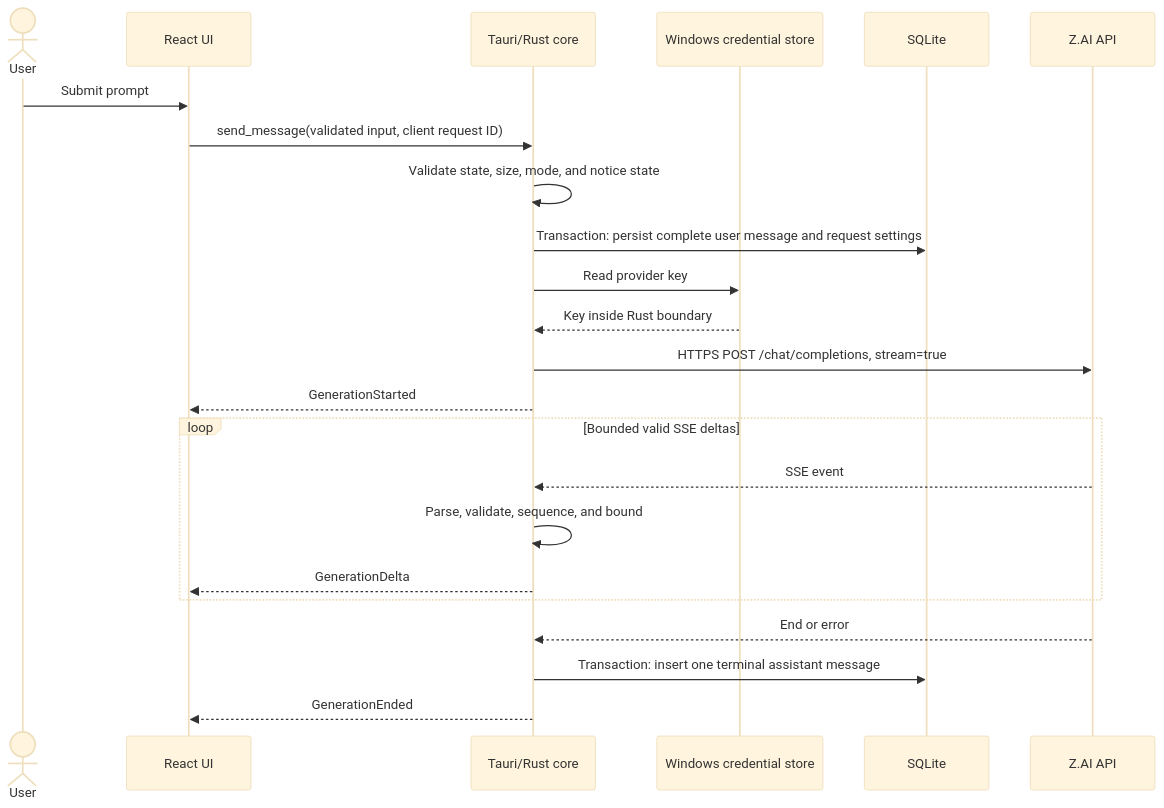
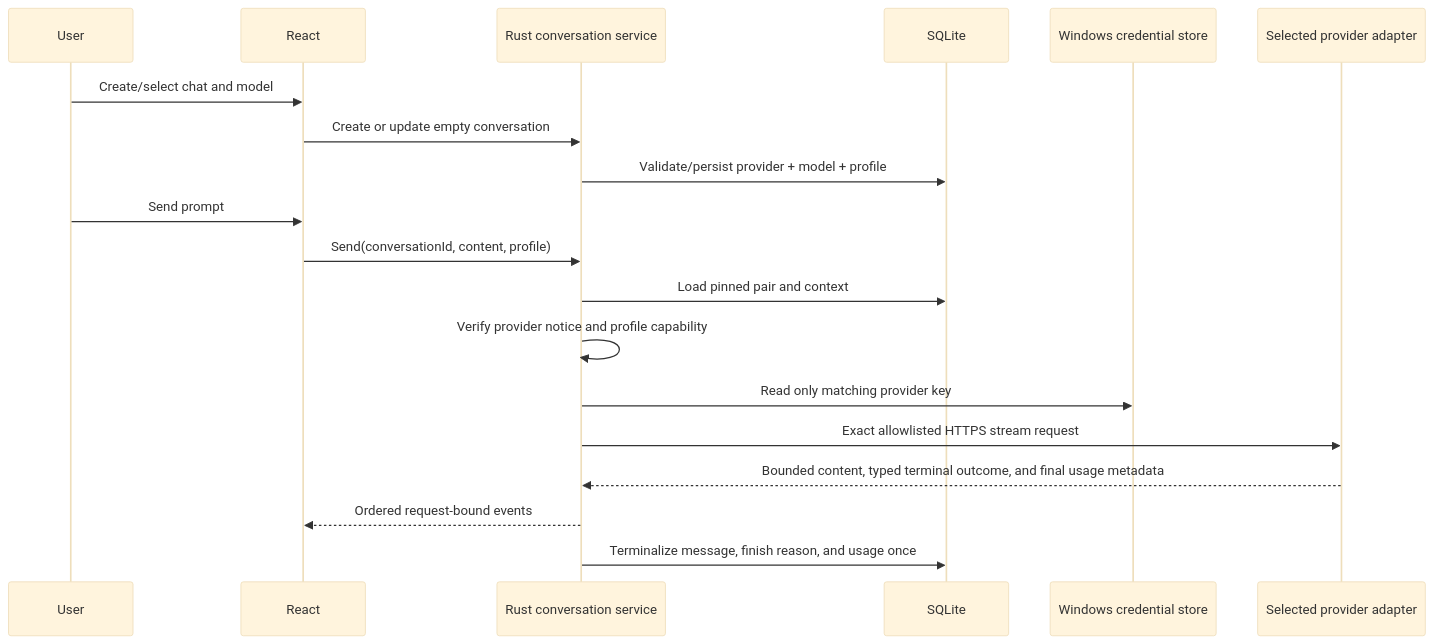
The second of 3 diagrams in docs/architecture.md (renenehru/aster-desktop), drawn with Mermaid (base theme) before and after one commit. The commit also changed other lines of this file and 32 other files, not shown here.

````diff
--- a/docs/architecture.md
+++ b/docs/architecture.md
@@ -149,26 +116,22 @@
 ```mermaid
 sequenceDiagram
-    actor U as User
-    participant UI as React UI
-    participant C as Tauri/Rust core
+    participant U as User
+    participant R as React
+    participant C as Rust conversation service
+    participant D as SQLite
     participant V as Windows credential store
-    participant D as SQLite
-    participant Z as Z.AI API
+    participant P as Selected provider adapter
 
-    U->>UI: Submit prompt
-    UI->>C: send_message(validated input, client request ID)
-    C->>C: Validate state, size, mode, and notice state
-    C->>D: Transaction: persist complete user message and request settings
-    C->>V: Read provider key
-    V-->>C: Key inside Rust boundary
-    C->>Z: HTTPS POST /chat/completions, stream=true
-    C-->>UI: GenerationStarted
-    loop Bounded valid SSE deltas
-        Z-->>C: SSE event
-        C->>C: Parse, validate, sequence, and bound
-        C-->>UI: GenerationDelta
-    end
-    Z-->>C: End or error
-    C->>D: Transaction: insert one terminal assistant message
-    C-->>UI: GenerationEnded
+    U->>R: Create/select chat and model
+    R->>C: Create or update empty conversation
+    C->>D: Validate/persist provider + model + profile
+    U->>R: Send prompt
+    R->>C: Send(conversationId, content, profile)
+    C->>D: Load pinned pair and context
+    C->>C: Verify provider notice and profile capability
+    C->>V: Read only matching provider key
+    C->>P: Exact allowlisted HTTPS stream request
+    P-->>C: Bounded content, typed terminal outcome, and final usage metadata
+    C-->>R: Ordered request-bound events
+    C->>D: Terminalize message, finish reason, and usage once
 ```
````
